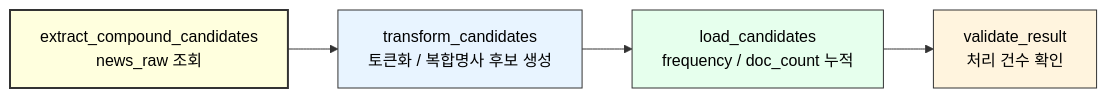
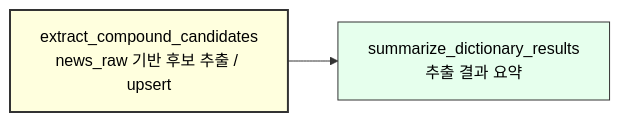
Before and after one commit to yeongmin-yu/news-trend-pipeline-dev: the fourth of 6 diagrams in docs/develop/Q3_AIRFLOW_DAG.md, drawn with Mermaid. The commit also changed other lines of this file, not shown here.

````diff
--- a/docs/develop/Q3_AIRFLOW_DAG.md
+++ b/docs/develop/Q3_AIRFLOW_DAG.md
@@ -293,11 +320,7 @@
 ```mermaid
 flowchart LR
-    A["extract_compound_candidates<br/>news_raw 조회"] --> B["transform_candidates<br/>토큰화 / 복합명사 후보 생성"]
-    B --> C["load_candidates<br/>frequency / doc_count 누적"]
-    C --> D["validate_result<br/>처리 건수 확인"]
+    A["extract_compound_candidates<br/>news_raw 기반 후보 추출 / upsert"] --> B["summarize_dictionary_results<br/>추출 결과 요약"]
 
     style A fill:#ffffde,stroke:#333,stroke-width:2px,color:black
-    style B fill:#e8f4ff,stroke:#333,stroke-width:1px,color:black
-    style C fill:#e6ffed,stroke:#333,stroke-width:1px,color:black
-    style D fill:#fff4de,stroke:#333,stroke-width:1px,color:black
+    style B fill:#e6ffed,stroke:#333,stroke-width:1px,color:black
 ```
````
